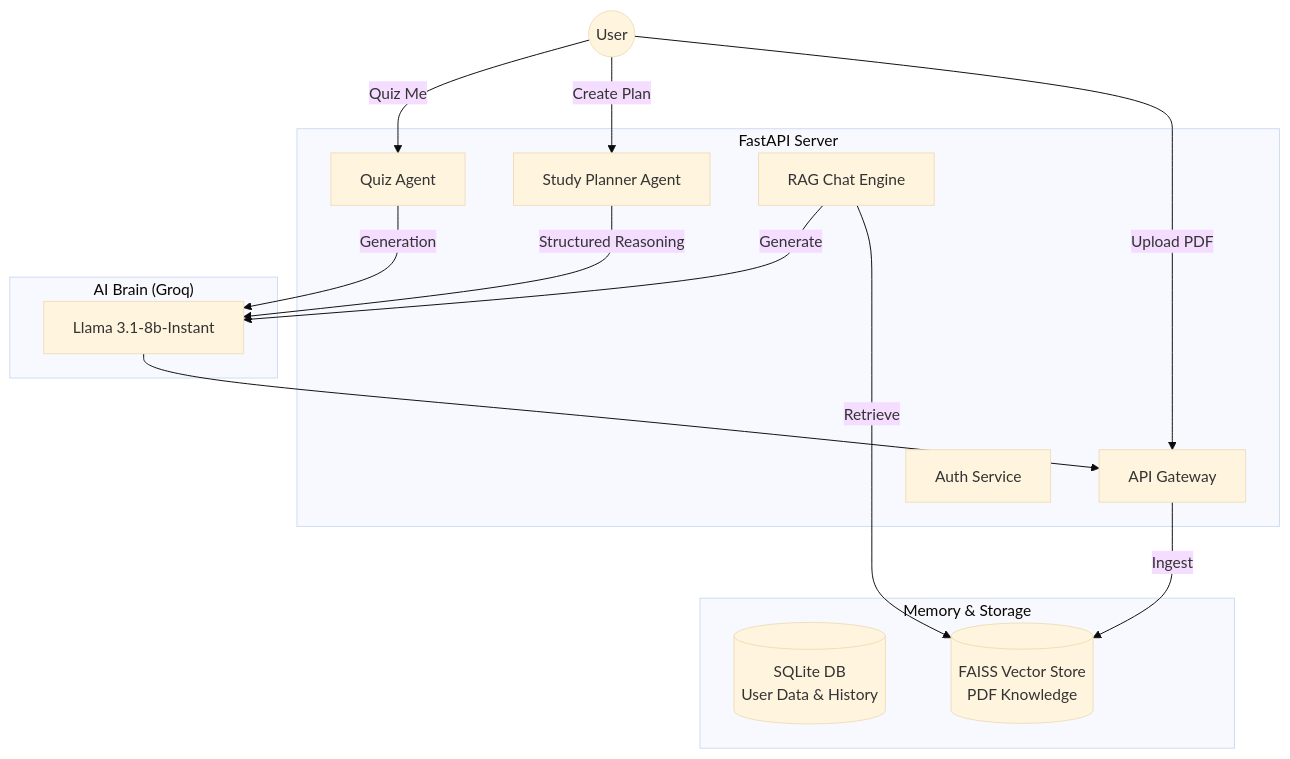
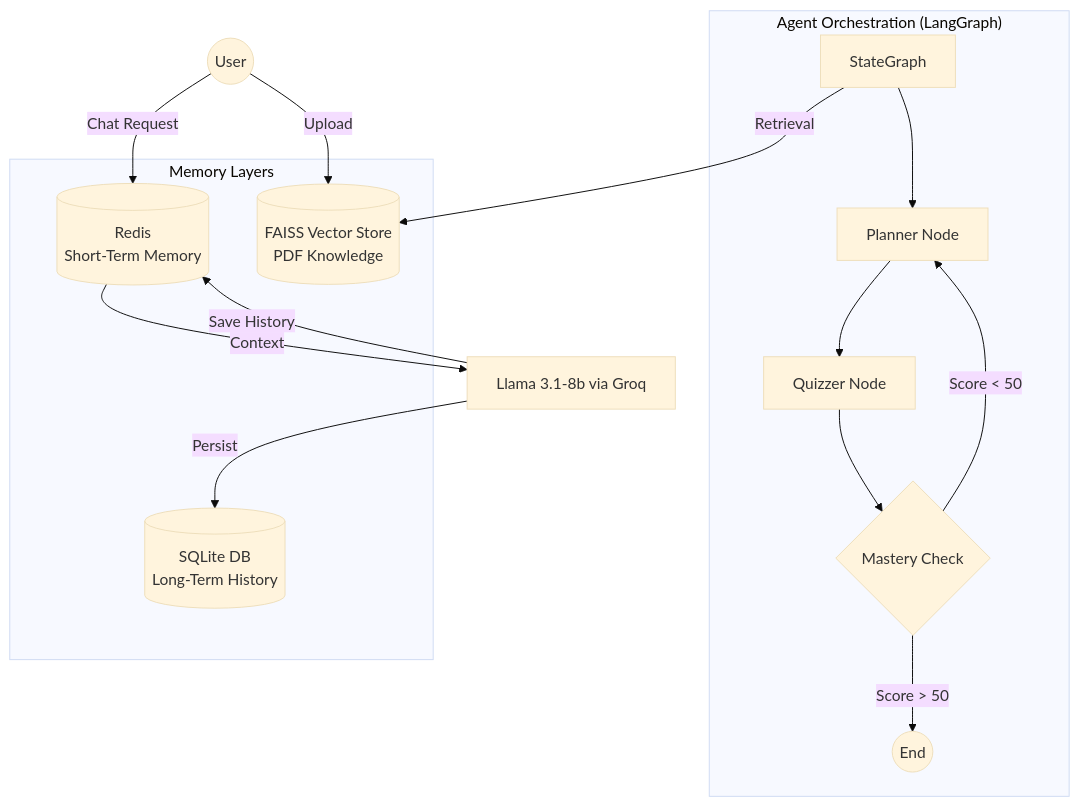
The diagram in README.md (Abishek0070/Personalized-Learning-Copilot-for-Core-Courses), drawn with Mermaid (base theme) before and after one commit. The commit also changed other lines of this file, not shown here.

Commit message:
Update README with new features and diagrams

````diff
--- a/README.md
+++ b/README.md
@@ -35,33 +37,32 @@
 ```mermaid
 graph TD
     User((User))
     
-    subgraph "FastAPI Server"
-        API[API Gateway]
-        Auth[Auth Service]
-        Planner[Study Planner Agent]
-        Quizzer[Quiz Agent]
-        Chat[RAG Chat Engine]
+    subgraph "Agent Orchestration (LangGraph)"
+        Graph[StateGraph]
+        Planner[Planner Node]
+        Quizzer[Quizzer Node]
+        RePlan{Mastery Check}
+        
+        Graph --> Planner
+        Planner --> Quizzer
+        Quizzer --> RePlan
+        RePlan -->|Score < 50| Planner
+        RePlan -->|Score > 50| END((End))
     end
     
-    subgraph "Memory & Storage"
-        SQL[(SQLite DB\nUser Data & History)]
+    subgraph "Memory Layers"
+        Redis[(Redis\nShort-Term Memory)]
+        SQL[(SQLite DB\nLong-Term History)]
         Vector[(FAISS Vector Store\nPDF Knowledge)]
     end
     
-    subgraph "AI Brain (Groq)"
-        Llama[Llama 3.1-8b-Instant]
-    end
+    User --> |Chat Request| Redis
+    Redis --> |Context| Llama[Llama 3.1-8b via Groq]
+    Llama --> |Save History| Redis
+    Llama --> |Persist| SQL
+    
+    User --> |Upload| Vector
+    Graph --> |Retrieval| Vector
 
-    User --> |Upload PDF| API
-    User --> |"Create Plan"| Planner
-    User --> |"Quiz Me"| Quizzer
-    
-    API --> |Ingest| Vector
-    Planner --> |Structured Reasoning| Llama
-    Quizzer --> |Generation| Llama
-    Chat --> |Retrieve| Vector
-    Chat --> |Generate| Llama
-    
-    Llama --> API
 ```
````
